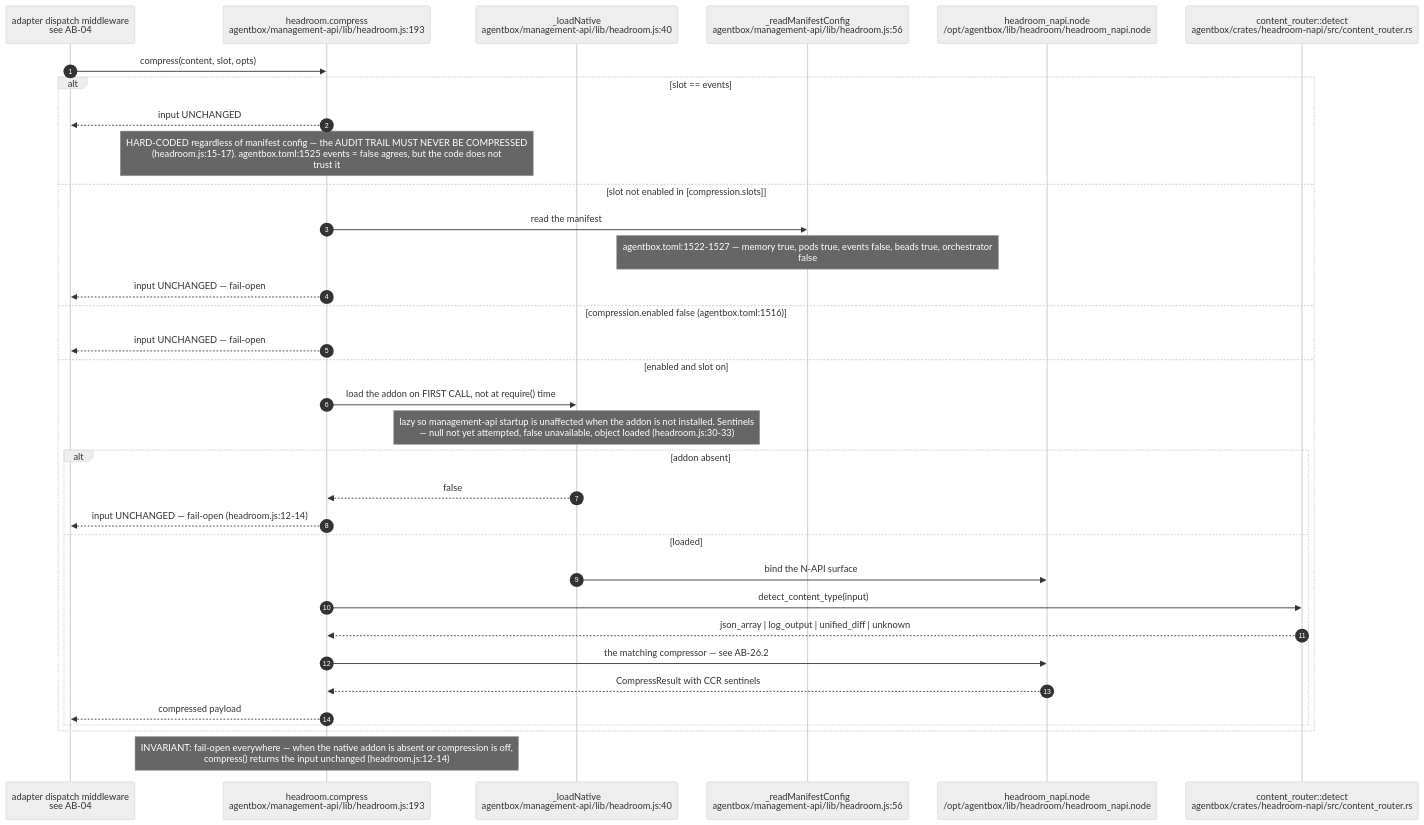
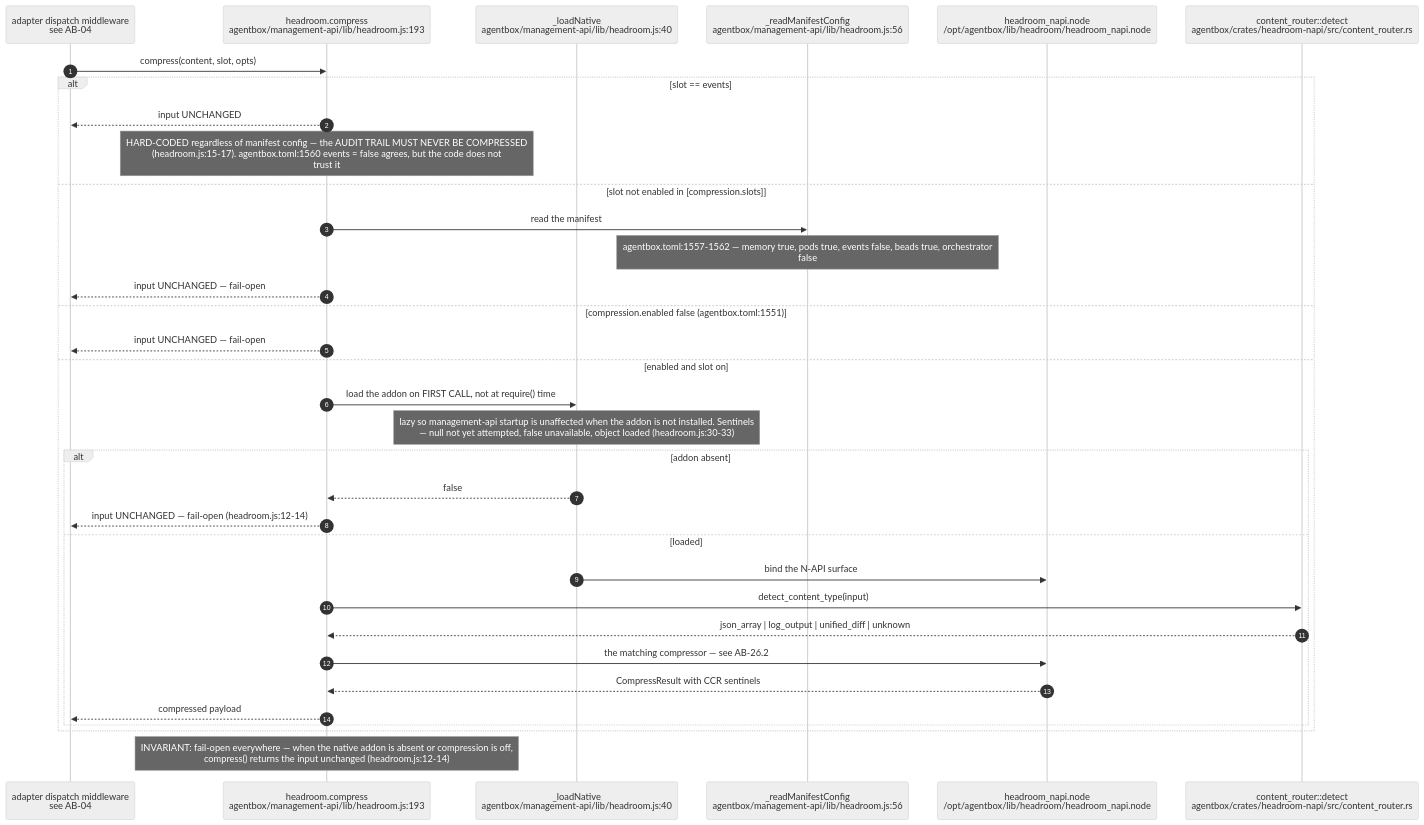
Before and after one commit to DreamLab-AI/AR-AI-Knowledge-Graph: the first of 9 diagrams in docs/diagrams/agentbox/26-headroom-beads-spawn-brain.md, drawn with Mermaid (neutral theme). The commit also changed other lines of this file and 73 other files, not shown here.

First line of the commit message:
docs(diagrams): re-verify all 71 topic files against HEAD; add --cite-check

````diff
--- a/docs/diagrams/agentbox/26-headroom-beads-spawn-brain.md
+++ b/docs/diagrams/agentbox/26-headroom-beads-spawn-brain.md
@@ -34,37 +34,37 @@
 ```mermaid
 sequenceDiagram
     autonumber
     participant MW as adapter dispatch middleware<br/>see AB-04
     participant H as headroom.compress<br/>agentbox/management-api/lib/headroom.js:193
     participant LN as _loadNative<br/>agentbox/management-api/lib/headroom.js:40
     participant CFG as _readManifestConfig<br/>agentbox/management-api/lib/headroom.js:56
     participant ADDON as headroom_napi.node<br/>/opt/agentbox/lib/headroom/headroom_napi.node
     participant CR as content_router::detect<br/>agentbox/crates/headroom-napi/src/content_router.rs
 
     MW->>H: compress(content, slot, opts)
     alt slot == events
         H-->>MW: input UNCHANGED
-        Note over H: HARD-CODED regardless of manifest config — the AUDIT TRAIL MUST NEVER BE COMPRESSED<br/>(headroom.js:15-17). agentbox.toml:1525 events = false agrees, but the code does not<br/>trust it
+        Note over H: HARD-CODED regardless of manifest config — the AUDIT TRAIL MUST NEVER BE COMPRESSED<br/>(headroom.js:15-17). agentbox.toml:1560 events = false agrees, but the code does not<br/>trust it
     else slot not enabled in [compression.slots]
         H->>CFG: read the manifest
-        Note over CFG: agentbox.toml:1522-1527 — memory true, pods true, events false, beads true, orchestrator<br/>false
+        Note over CFG: agentbox.toml:1557-1562 — memory true, pods true, events false, beads true, orchestrator<br/>false
         H-->>MW: input UNCHANGED — fail-open
-    else compression.enabled false (agentbox.toml:1516)
+    else compression.enabled false (agentbox.toml:1551)
         H-->>MW: input UNCHANGED — fail-open
     else enabled and slot on
         H->>LN: load the addon on FIRST CALL, not at require() time
         Note over LN: lazy so management-api startup is unaffected when the addon is not installed. Sentinels<br/>— null not yet attempted, false unavailable, object loaded (headroom.js:30-33)
         alt addon absent
             LN-->>H: false
             H-->>MW: input UNCHANGED — fail-open (headroom.js:12-14)
         else loaded
             LN->>ADDON: bind the N-API surface
             H->>CR: detect_content_type(input)
             CR-->>H: json_array | log_output | unified_diff | unknown
             H->>ADDON: the matching compressor — see AB-26.2
             ADDON-->>H: CompressResult with CCR sentinels
             H-->>MW: compressed payload
         end
     end
     Note over H: INVARIANT: fail-open everywhere — when the native addon is absent or compression is off,<br/>compress() returns the input unchanged (headroom.js:12-14)
 ```
````
